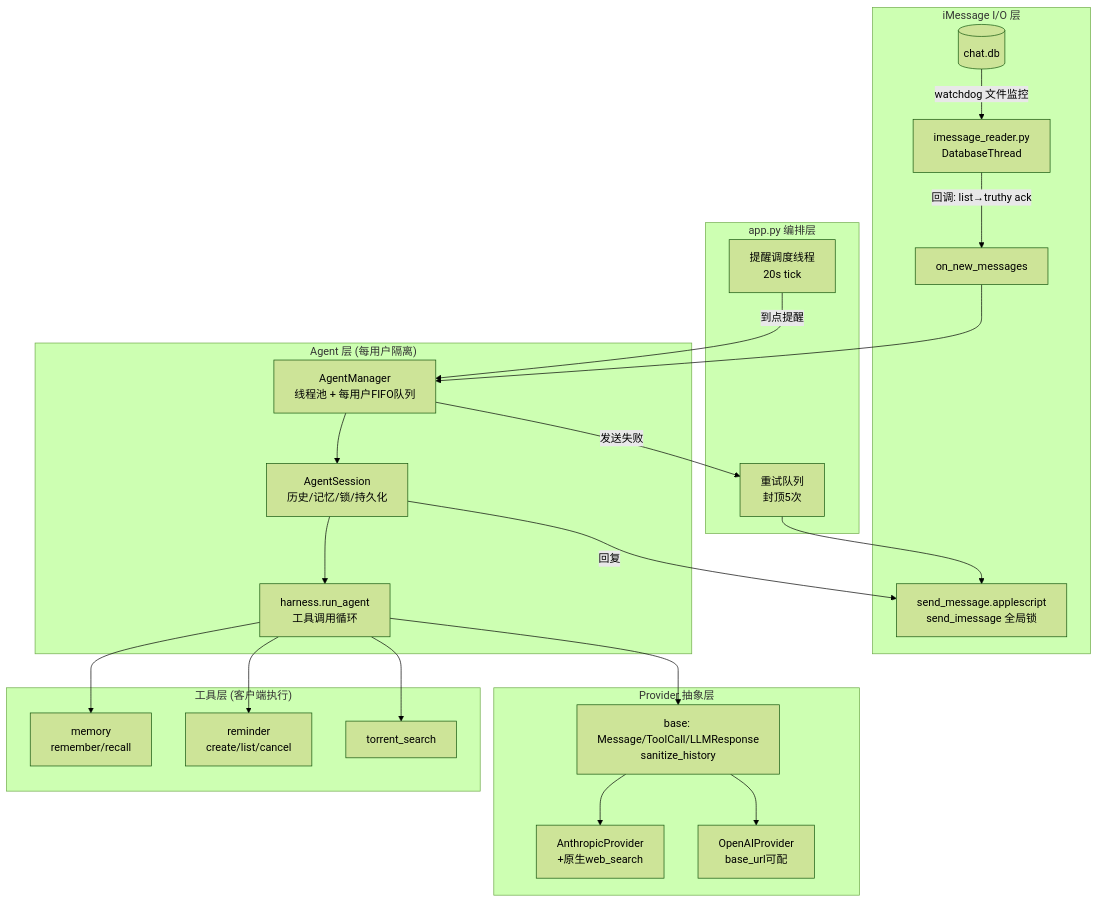
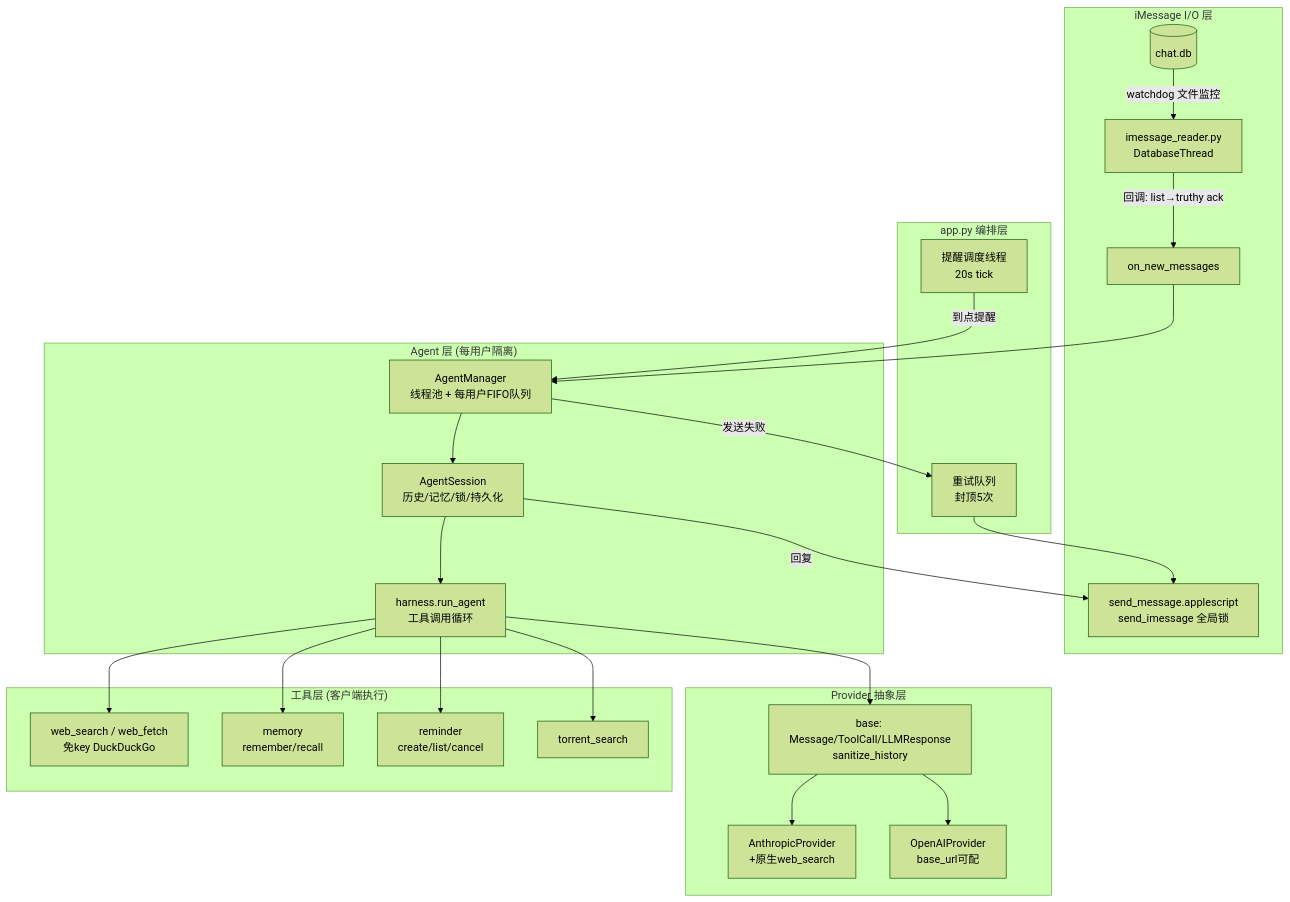
The diagram in README.md (wangyaominde/iMessage_llm), drawn with Mermaid (forest theme) before and after one commit. The commit also changed other lines of this file, not shown here.

````diff
--- a/README.md
+++ b/README.md
@@ -96,39 +98,40 @@
 ```mermaid
 flowchart TB
     subgraph IO["iMessage I/O 层"]
         DB[(chat.db)] -->|watchdog 文件监控| Reader[imessage_reader.py<br/>DatabaseThread]
         Reader -->|回调: list→truthy ack| CB
         Sender[send_message.applescript<br/>send_imessage 全局锁]
     end
 
     subgraph APP["app.py 编排层"]
         CB[on_new_messages]
         Retry[重试队列<br/>封顶5次]
         Sched[提醒调度线程<br/>20s tick]
     end
 
     subgraph AGENT["Agent 层 (每用户隔离)"]
         Mgr[AgentManager<br/>线程池 + 每用户FIFO队列]
         Sess[AgentSession<br/>历史/记忆/锁/持久化]
         Harness[harness.run_agent<br/>工具调用循环]
     end
 
     subgraph PROV["Provider 抽象层"]
         Base[base: Message/ToolCall/LLMResponse<br/>sanitize_history]
         Anth[AnthropicProvider<br/>+原生web_search]
         OAI[OpenAIProvider<br/>base_url可配]
     end
 
     subgraph TOOLS["工具层 (客户端执行)"]
+        Web[web_search / web_fetch<br/>免key DuckDuckGo]
         Mem[memory<br/>remember/recall]
         Rem[reminder<br/>create/list/cancel]
         Tor[torrent_search]
     end
 
     CB --> Mgr --> Sess --> Harness
     Harness --> Base --> Anth & OAI
-    Harness --> Mem & Rem & Tor
+    Harness --> Web & Mem & Rem & Tor
     Sess -->|回复| Sender
     Mgr -->|发送失败| Retry --> Sender
     Sched -->|到点提醒| Mgr
 ```
````
